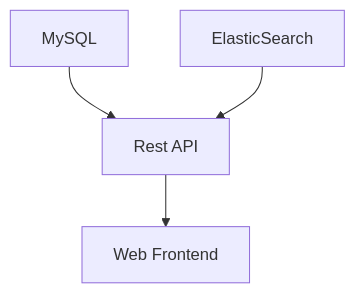
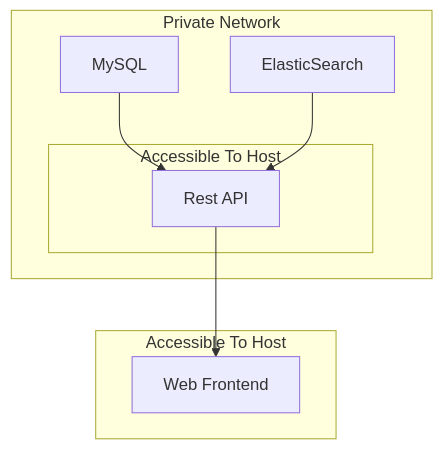
The diagram in README.md (SheaSmith/discount-detective-web), drawn with Mermaid before and after one commit. The commit also changed other lines of this file and 2 other files, not shown here.

Commit message:
Separate networks more

````diff
--- a/README.md
+++ b/README.md
@@ -29,6 +29,15 @@
 ```mermaid
 graph TD
-    A[MySQL] --> C[Rest API]
-    B[ElasticSearch] --> C
-    C --> D[Web Frontend]
+    subgraph Private Network
+        A[MySQL] --> C[Rest API]
+        B[ElasticSearch] --> C
+
+        subgraph Accessible To Host
+            C
+        end
+    end
+
+    subgraph Accessible To Host
+        C --> D[Web Frontend]
+    end
 ```
````
